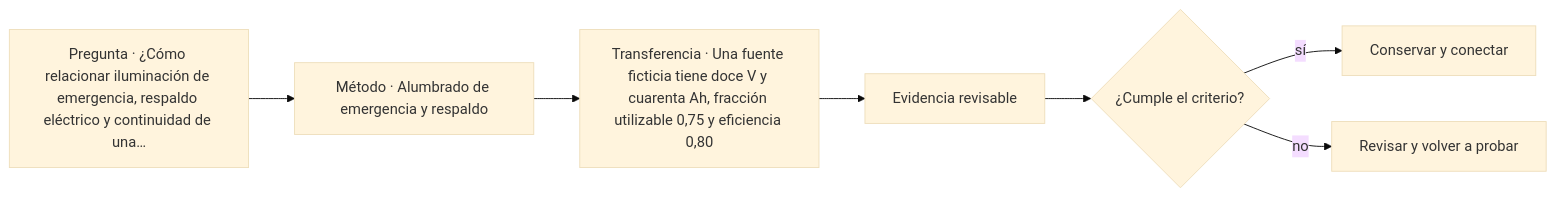
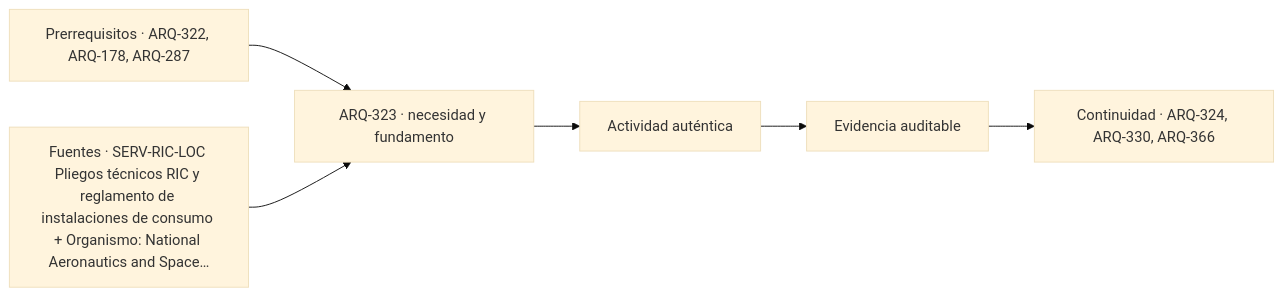
The diagram in classes/parte-33/ARQ-323.md (vladimiracunadev-create/architecture-built-environment-learning-program), drawn with Mermaid (base theme) before and after one commit. The commit also changed other lines of this file and 761 other files, not shown here.

````diff
--- a/classes/parte-33/ARQ-323.md
+++ b/classes/parte-33/ARQ-323.md
@@ -107,9 +119,8 @@
 ```mermaid
 flowchart LR
-    Q["Pregunta · ¿Cómo relacionar iluminación de emergencia, respaldo eléctrico y continuidad de una…"] --> M["Método · Alumbrado de emergencia y respaldo"]
-    M --> P["Transferencia · Una fuente ficticia tiene doce V y cuarenta Ah, fracción utilizable 0,75 y eficiencia 0,80"]
-    P --> E["Evidencia revisable"]
-    E --> C{"¿Cumple el criterio?"}
-    C -->|sí| T["Conservar y conectar"]
-    C -->|no| R["Revisar y volver a probar"]
+    A["Prerrequisitos · ARQ-322, ARQ-178, ARQ-287"] --> B["ARQ-323 · necesidad y fundamento"]
+    S["Fuentes · SERV-RIC-LOC Pliegos técnicos RIC y reglamento de instalaciones de consumo + Organismo: National Aeronautics and Space…"] --> B
+    B --> C["Actividad auténtica"]
+    C --> D["Evidencia auditable"]
+    D --> E["Continuidad · ARQ-324, ARQ-330, ARQ-366"]
 ```
````
